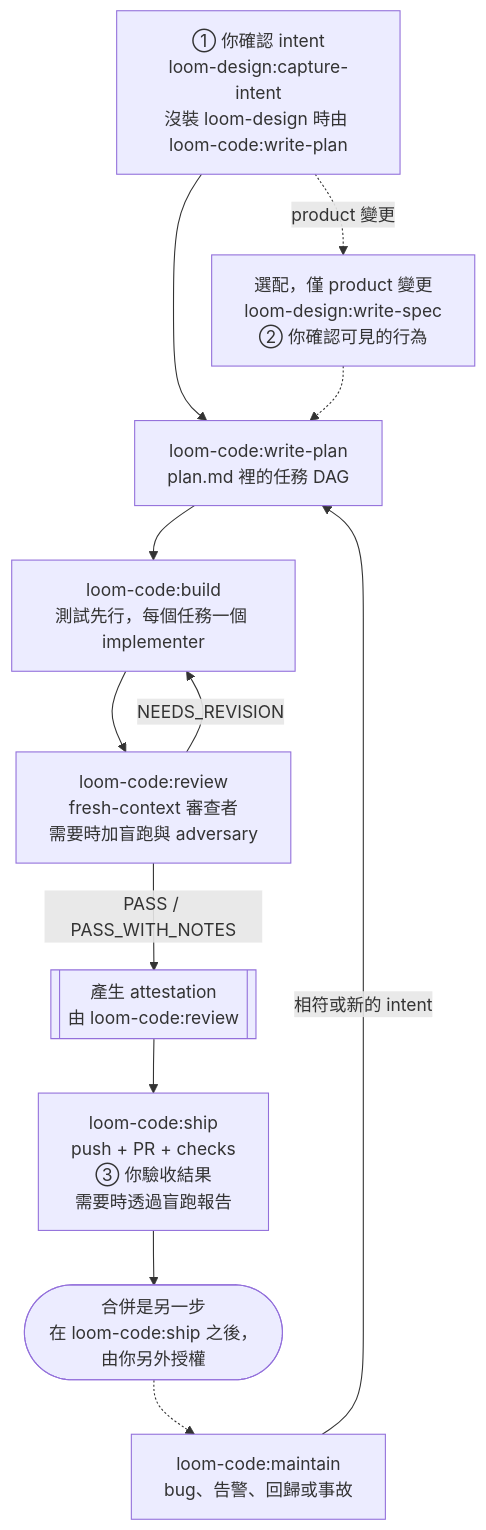
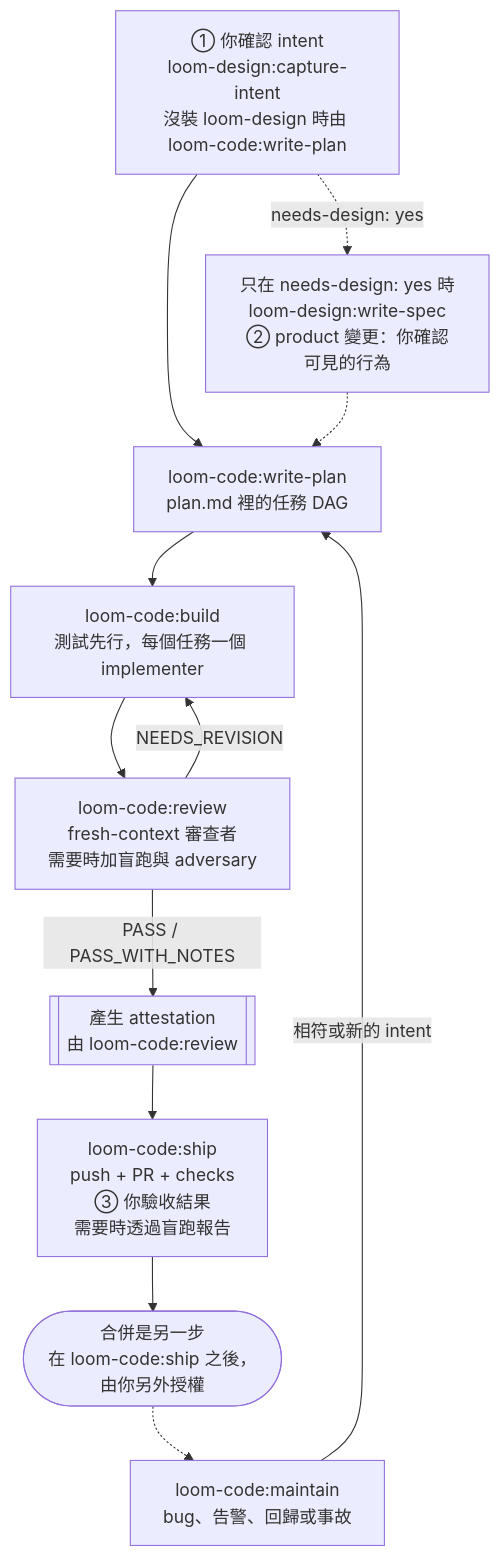
One commit to kouko/loom-plugins changed the diagram in loom-code/README.zh-TW.md. Above: the diagram before and after it, drawn with Mermaid. The commit also changed other lines of this file and 8 other files, not shown here.

First line of the commit message:
docs(loom): fix spec gating and review nits in plugin READMEs

````diff
--- a/loom-code/README.zh-TW.md
+++ b/loom-code/README.zh-TW.md
@@ -17,24 +17,24 @@
 ```mermaid
 flowchart TD
     intent["① 你確認 intent<br/>loom-design:capture-intent<br/>沒裝 loom-design 時由 loom-code:write-plan"]
-    spec["選配，僅 product 變更<br/>loom-design:write-spec<br/>② 你確認可見的行為"]
+    spec["只在 needs-design: yes 時<br/>loom-design:write-spec<br/>② product 變更：你確認可見的行為"]
     plan["loom-code:write-plan<br/>plan.md 裡的任務 DAG"]
     build["loom-code:build<br/>測試先行，每個任務一個 implementer"]
     review["loom-code:review<br/>fresh-context 審查者<br/>需要時加盲跑與 adversary"]
     attest[["產生 attestation<br/>由 loom-code:review"]]
     ship["loom-code:ship<br/>push + PR + checks<br/>③ 你驗收結果<br/>需要時透過盲跑報告"]
     merged(["合併是另一步<br/>在 loom-code:ship 之後，由你另外授權"])
     maintain["loom-code:maintain<br/>bug、告警、回歸或事故"]
 
     intent --> plan
-    intent -.->|"product 變更"| spec
+    intent -.->|"needs-design: yes"| spec
     spec -.-> plan
     plan --> build
     build --> review
     review -->|"NEEDS_REVISION"| build
     review -->|"PASS / PASS_WITH_NOTES"| attest
     attest --> ship
     ship --> merged
     merged -.-> maintain
     maintain -->|"相符或新的 intent"| plan
 ```
````
